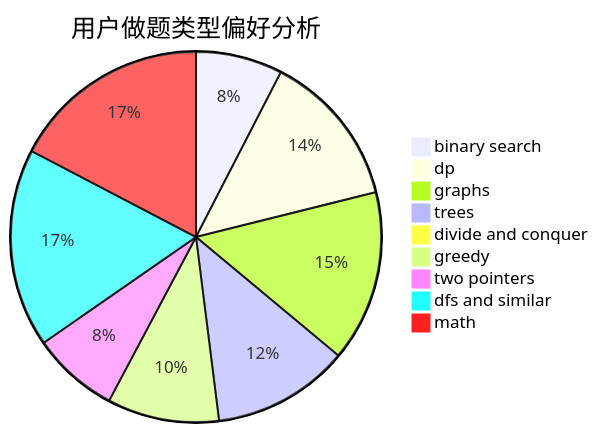
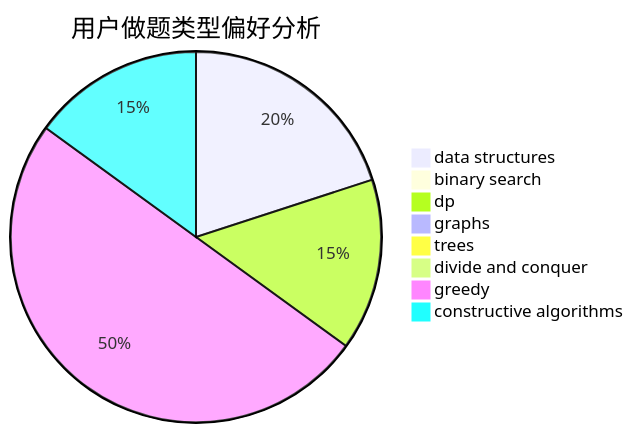
The second of 3 diagrams in docs/user/u75.md (sherpahu/cfrs.github.io), drawn with Mermaid before and after one commit. The commit also changed other lines of this file and 2775 other files, not shown here.

````diff
--- a/docs/user/u75.md
+++ b/docs/user/u75.md
@@ -23,12 +23,11 @@
 ```mermaid
 pie title 用户做题类型偏好分析
-    "binary search" :  38
-    "dp" :  68
-    "graphs" :  75
-    "trees" :  60
+    "data structures" :  4
+    "binary search" :  0
+    "dp" :  3
+    "graphs" :  0
+    "trees" :  0
     "divide and conquer" :  0
-    "greedy" :  49
-    "two pointers" :  38
-    "dfs and similar" :  87
-    "math" :  87
+    "greedy" :  10
+    "constructive algorithms" :  3
 ```
````
